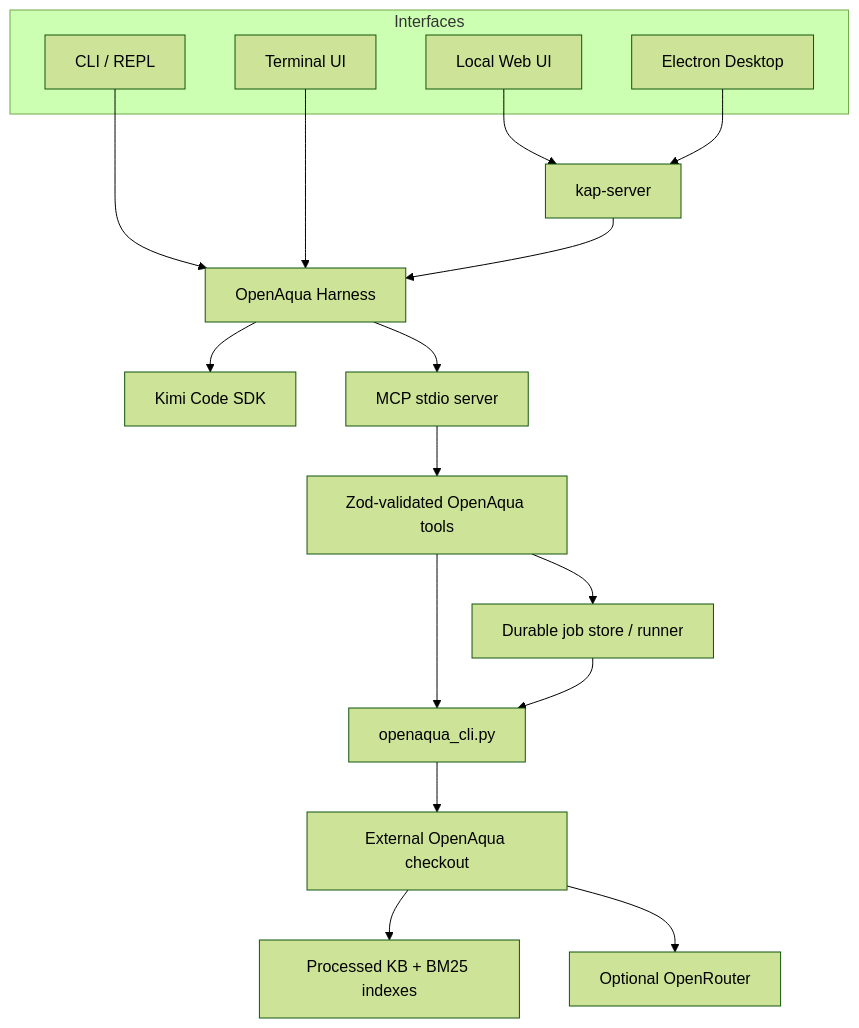
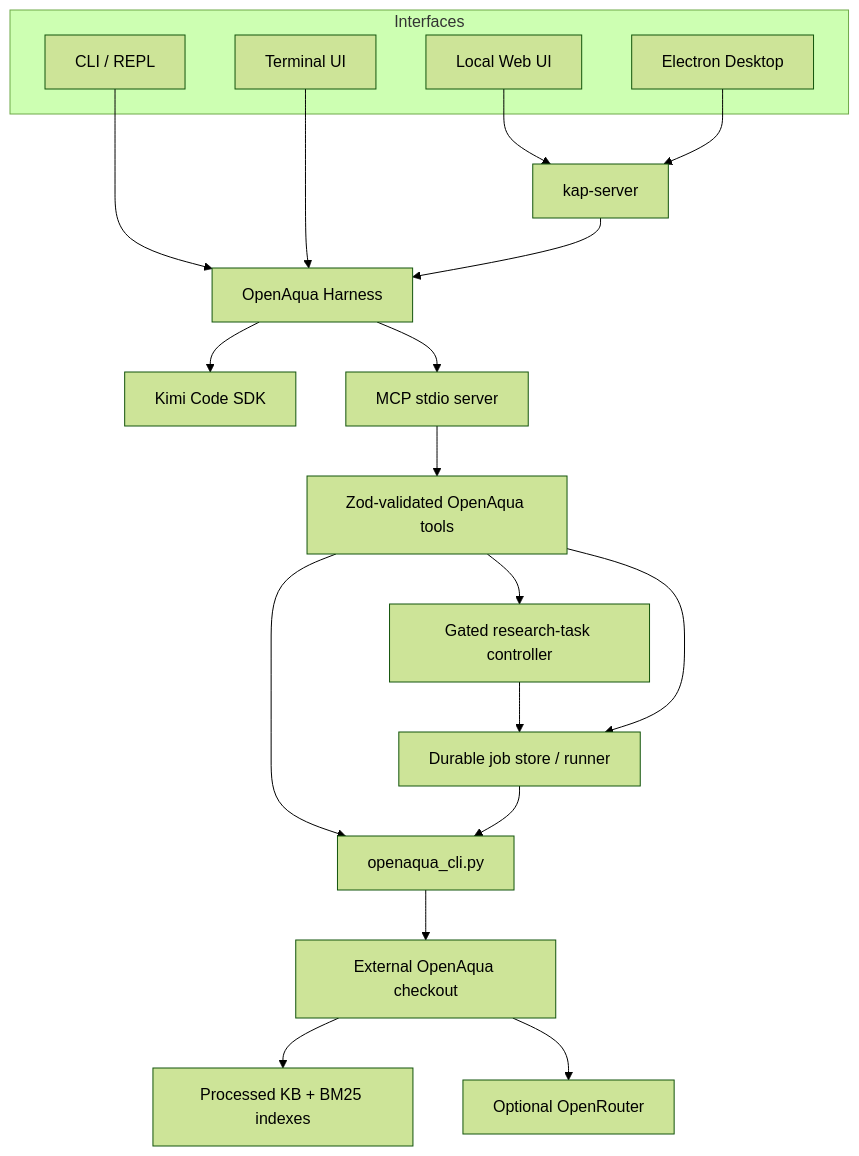
The diagram in docs/ARCHITECTURE.md (zhaorui-bi/OpenAqua-Harness), drawn with Mermaid (forest theme) before and after one commit. The commit also changed other lines of this file and 23 other files, not shown here.

Commit message:
feat: add durable water-treatment research tasks

````diff
--- a/docs/ARCHITECTURE.md
+++ b/docs/ARCHITECTURE.md
@@ -12,25 +12,27 @@
 ```mermaid
 flowchart TB
     subgraph Interfaces
       CLI[CLI / REPL]
       TUI[Terminal UI]
       WEB[Local Web UI]
       DESKTOP[Electron Desktop]
     end
 
     CLI --> HARNESS
     TUI --> HARNESS
     WEB --> KAP[kap-server]
     DESKTOP --> KAP
     KAP --> HARNESS[OpenAqua Harness]
 
     HARNESS --> AGENT[Kimi Code SDK]
     HARNESS --> MCP[MCP stdio server]
     MCP --> TOOLS[Zod-validated OpenAqua tools]
-    TOOLS --> JOBS[Durable job store / runner]
+    TOOLS --> RESEARCH[Gated research-task controller]
+    RESEARCH --> JOBS[Durable job store / runner]
+    TOOLS --> JOBS
     TOOLS --> ADAPTER[openaqua_cli.py]
     JOBS --> ADAPTER
     ADAPTER --> REPO[External OpenAqua checkout]
     REPO --> DATA[Processed KB + BM25 indexes]
     REPO --> ROUTER[Optional OpenRouter]
 ```
````
